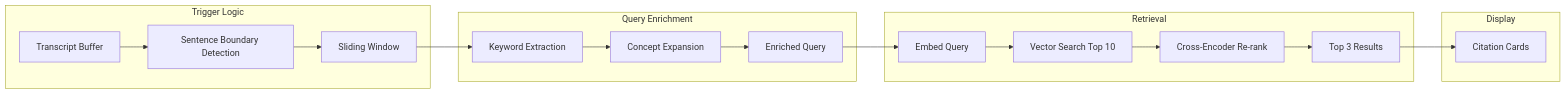
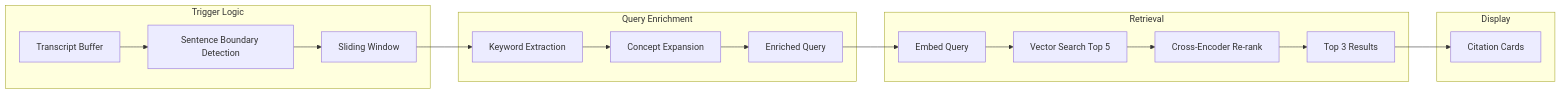
One commit to AbeerDas/Rosetta-HackHive changed the second of 4 diagrams in docs/PRD.md. Above: the diagram before and after it, drawn with Mermaid. The commit also changed other lines of this file and 2 other files, not shown here.

````diff
--- a/docs/PRD.md
+++ b/docs/PRD.md
@@ -337,35 +337,35 @@
 ```mermaid
 flowchart LR
     subgraph trigger [Trigger Logic]
         TRANSCRIPT[Transcript Buffer]
         DETECT[Sentence Boundary Detection]
         WINDOW[Sliding Window]
         TRANSCRIPT --> DETECT
         DETECT --> WINDOW
     end
 
     subgraph enrich [Query Enrichment]
         KEYWORDS[Keyword Extraction]
         CONCEPTS[Concept Expansion]
         QUERY[Enriched Query]
         WINDOW --> KEYWORDS
         KEYWORDS --> CONCEPTS
         CONCEPTS --> QUERY
     end
 
     subgraph retrieve [Retrieval]
         EMBED[Embed Query]
-        SEARCH[Vector Search Top 10]
+        SEARCH[Vector Search Top 5]
         RERANK[Cross-Encoder Re-rank]
         TOP3[Top 3 Results]
         QUERY --> EMBED
         EMBED --> SEARCH
         SEARCH --> RERANK
         RERANK --> TOP3
     end
 
     subgraph display [Display]
         CITATIONS[Citation Cards]
         TOP3 --> CITATIONS
     end
 ```
````
